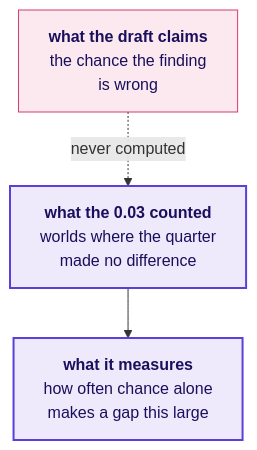
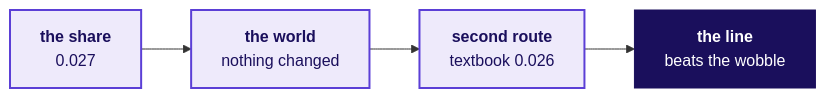
One commit to fde-academy-lab/c2-content-factory changed the tenth of 32 diagrams in content/W01/D4/slides/C2_W01_D04_half1_STUDENT.md. Above: the diagram before and after it, drawn with Mermaid. The commit also changed other lines of this file and 13 other files, not shown here.

````diff
--- a/content/W01/D4/slides/C2_W01_D04_half1_STUDENT.md
+++ b/content/W01/D4/slides/C2_W01_D04_half1_STUDENT.md
@@ -362,9 +437,12 @@
 ```mermaid
-flowchart TB
-    S["<b>what the 0.03 counted</b><br/>worlds where the quarter<br/>made no difference"] --> F["<b>what it measures</b><br/>how often chance alone<br/>makes a gap this large"]
-    X["<b>what the draft claims</b><br/>the chance the finding<br/>is wrong"] -.->|"never computed"| S
+flowchart LR
+    K0["<b>the share</b><br/>0.027"]
+    K1["<b>the world</b><br/>nothing changed"]
+    K2["<b>second route</b><br/>textbook 0.026"]
+    K3["<b>the line</b><br/>beats the wobble"]
+    K0 --> K1 --> K2 --> K3
     classDef known fill:#EEEAFB,stroke:#5B3FD6,color:#1A0F5C,stroke-width:2px
-    classDef bad fill:#FBE9EF,stroke:#D63A6A,color:#1A0F5C
-    class S,F known
-    class X bad
+    classDef bet fill:#1A0F5C,stroke:#1A0F5C,color:#FFFFFF
+    class K0,K1,K2 known
+    class K3 bet
 ```
````
